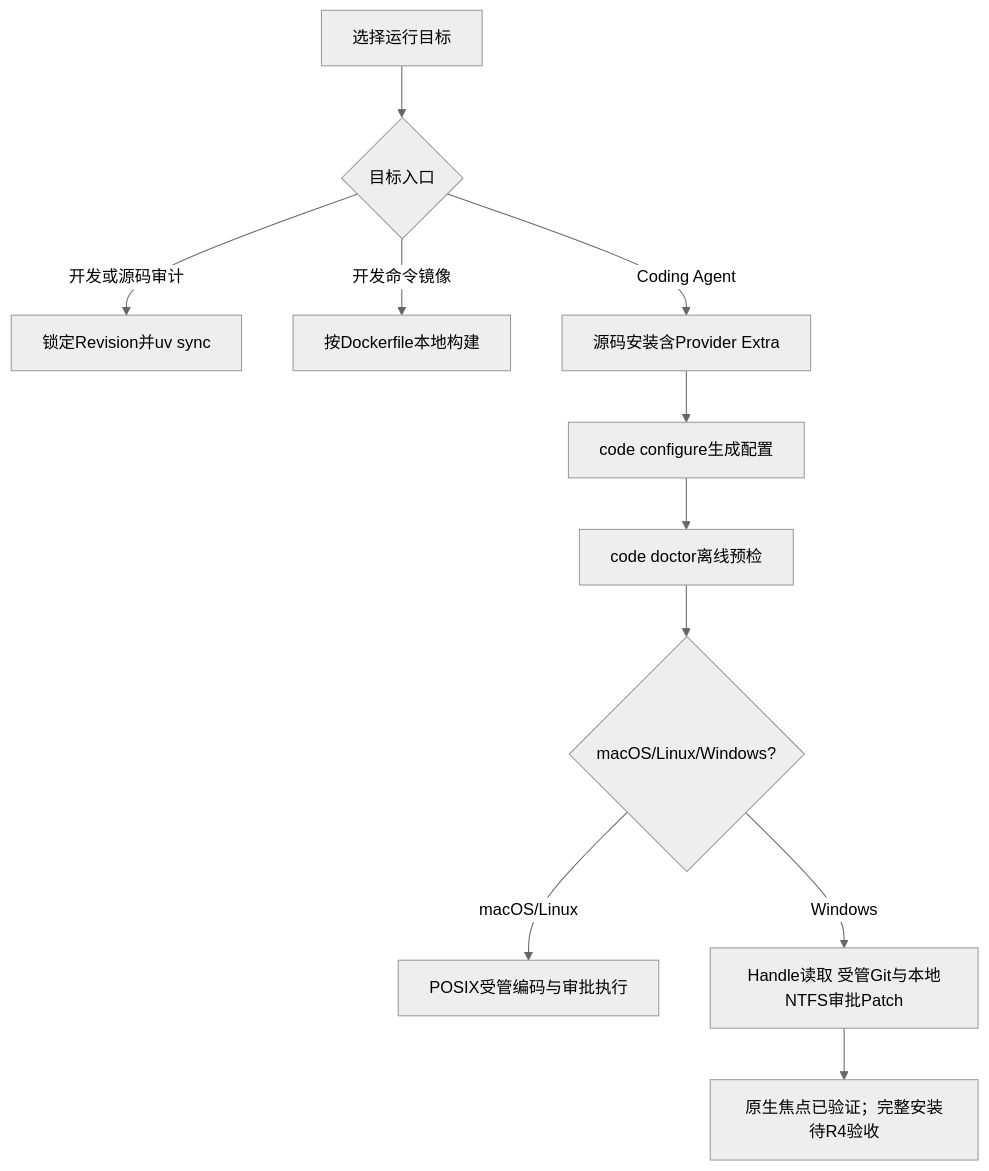
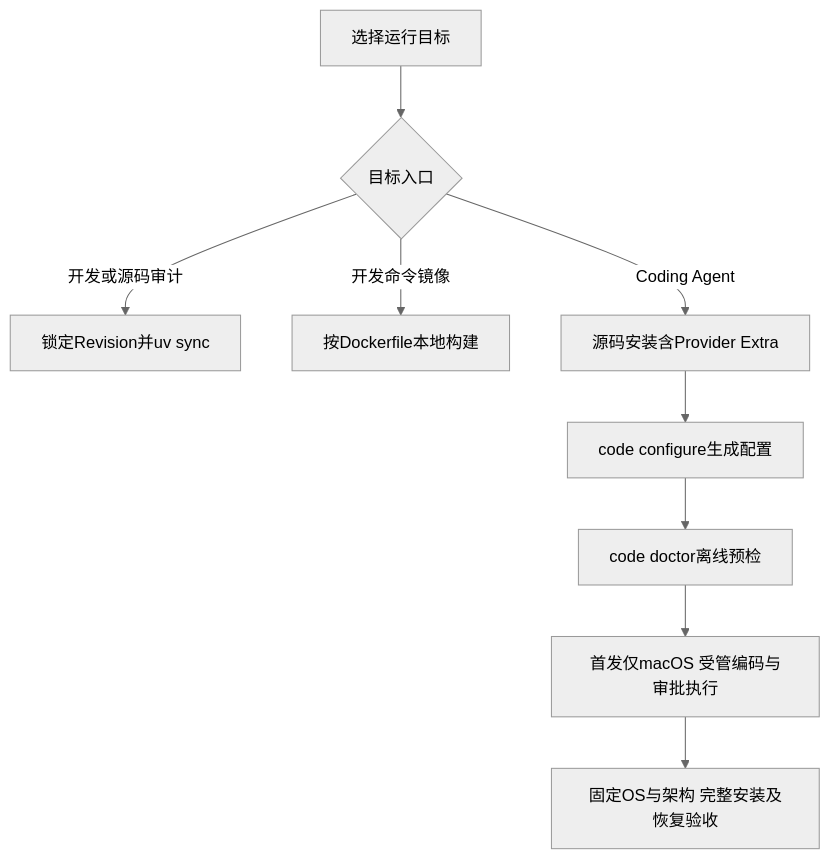
Before and after one commit to carrie1988/Harnessix: the diagram in docs/operations/installation.md, drawn with Mermaid (neutral theme). The commit also changed other lines of this file and 16 other files, not shown here.

````diff
--- a/docs/operations/installation.md
+++ b/docs/operations/installation.md
@@ -77,13 +79,11 @@
 ```mermaid
 flowchart TD
     Start[选择运行目标] --> Product{目标入口}
     Product -- 开发或源码审计 --> Source[锁定Revision并uv sync]
     Product -- 开发命令镜像 --> Image[按Dockerfile本地构建]
     Product -- Coding Agent --> Agent[源码安装含Provider Extra]
     Agent --> Configure[code configure生成配置]
     Configure --> Diagnose[code doctor离线预检]
-    Diagnose --> Platform{macOS/Linux/Windows?}
-    Platform -- macOS/Linux --> Posix[POSIX受管编码与审批执行]
-    Platform -- Windows --> Win[Handle读取 受管Git与本地NTFS审批Patch]
-    Win --> GitGate[原生焦点已验证；完整安装待R4验收]
+    Diagnose --> Mac[首发仅macOS 受管编码与审批执行]
+    Mac --> Gate[固定OS与架构 完整安装及恢复验收]
 ```
````
